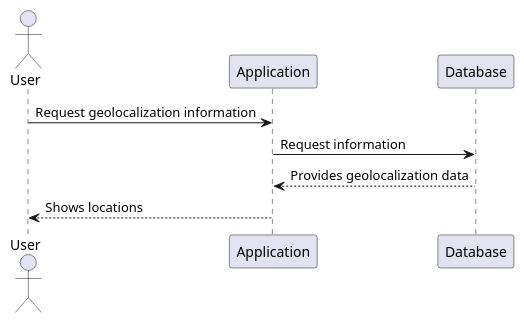
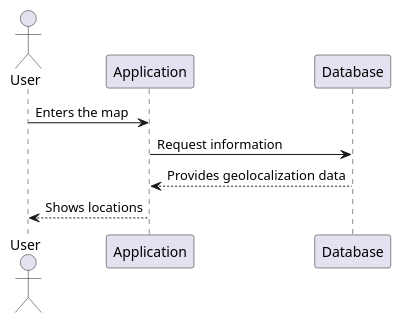
One commit to Arquisoft/radarin_es3a changed the fourth of 4 diagrams in webapp/docs/06_runtime_view.adoc. Above: the diagram before and after it, drawn with PlantUML. The commit also changed other lines of this file and 8 other files, not shown here.

```diff
--- a/webapp/docs/06_runtime_view.adoc
+++ b/webapp/docs/06_runtime_view.adoc
@@ -95,8 +87,8 @@
 [plantuml,"Geolocate friends diagram",png]
 ----
 actor User
-User -> Application: Request geolocalization information
+User -> Application: Enters the map
 Application -> Database: Request information
 Database --> Application: Provides geolocalization data
 Application --> User: Shows locations
 ----
```
